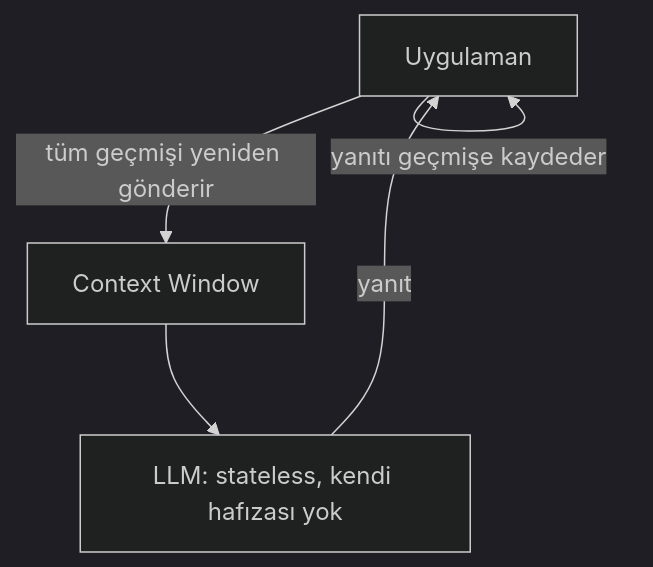
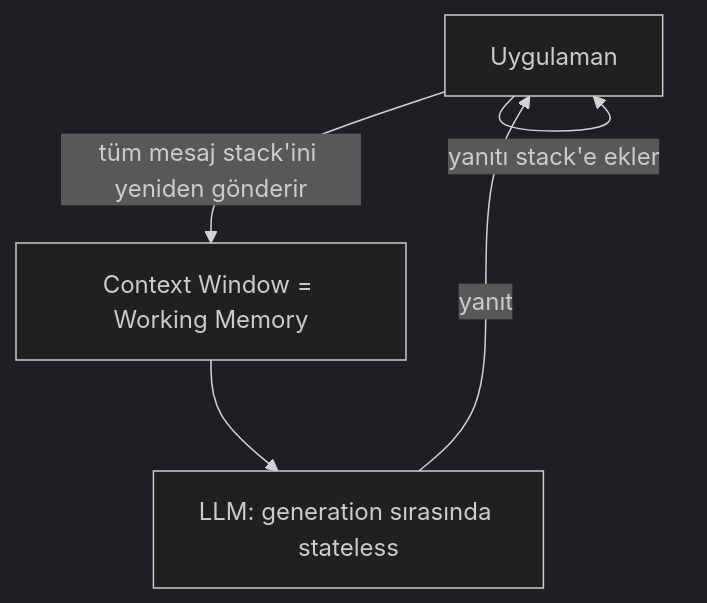
Before and after one commit to lokumai/ai-minicourses: the first of 2 diagrams in mini-courses/1_fundamentals/5_memory_tr.md, drawn with Mermaid (dark theme). The commit also changed other lines of this file and 1 other file, not shown here.

Commit message:
feat: add memory module

````diff
--- a/mini-courses/1_fundamentals/5_memory_tr.md
+++ b/mini-courses/1_fundamentals/5_memory_tr.md
@@ -28,7 +75,7 @@
 ```mermaid
 graph TD
-    A[Uygulaman] -->|tüm geçmişi yeniden gönderir| B[Context Window]
-    B --> C[LLM: stateless, kendi hafızası yok]
+    A[Uygulaman] -->|tüm mesaj stack'ini yeniden gönderir| B[Context Window = Working Memory]
+    B --> C[LLM: generation sırasında stateless]
     C -->|yanıt| A
-    A -->|yanıtı geçmişe kaydeder| A
+    A -->|yanıtı stack'e ekler| A
 ```
````
